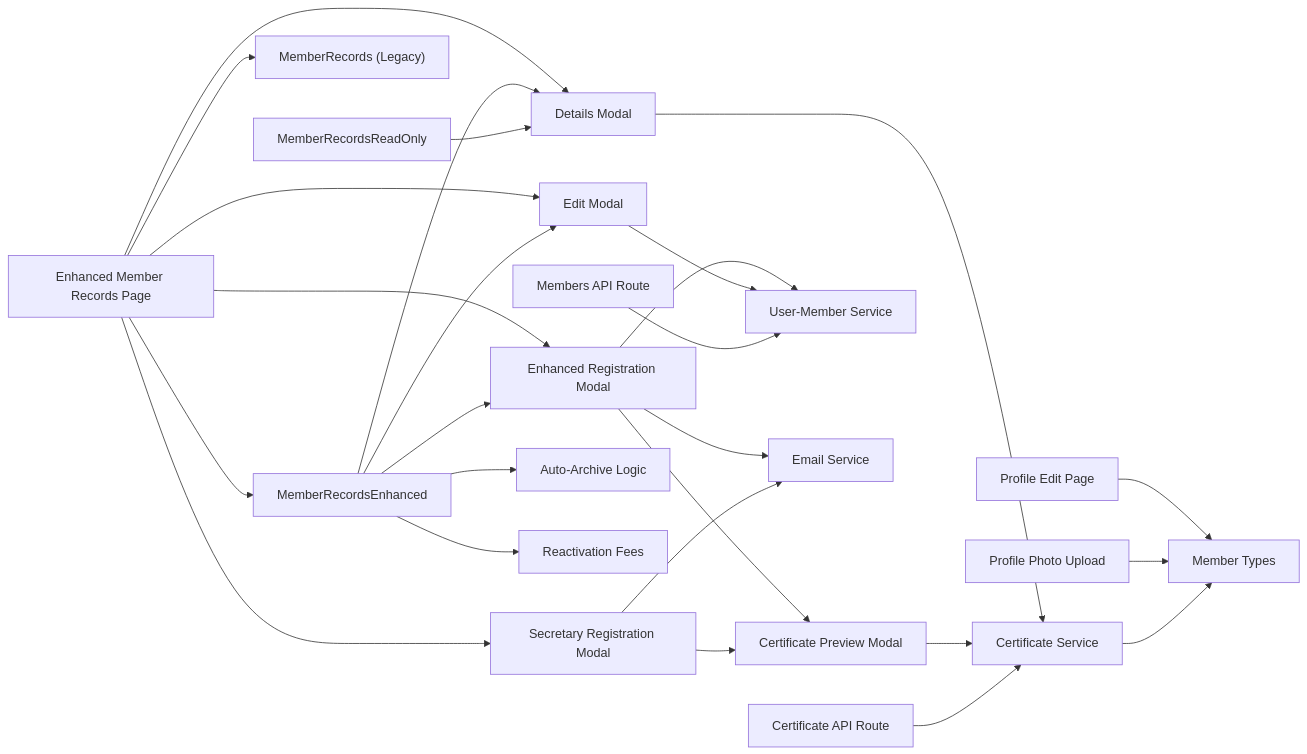
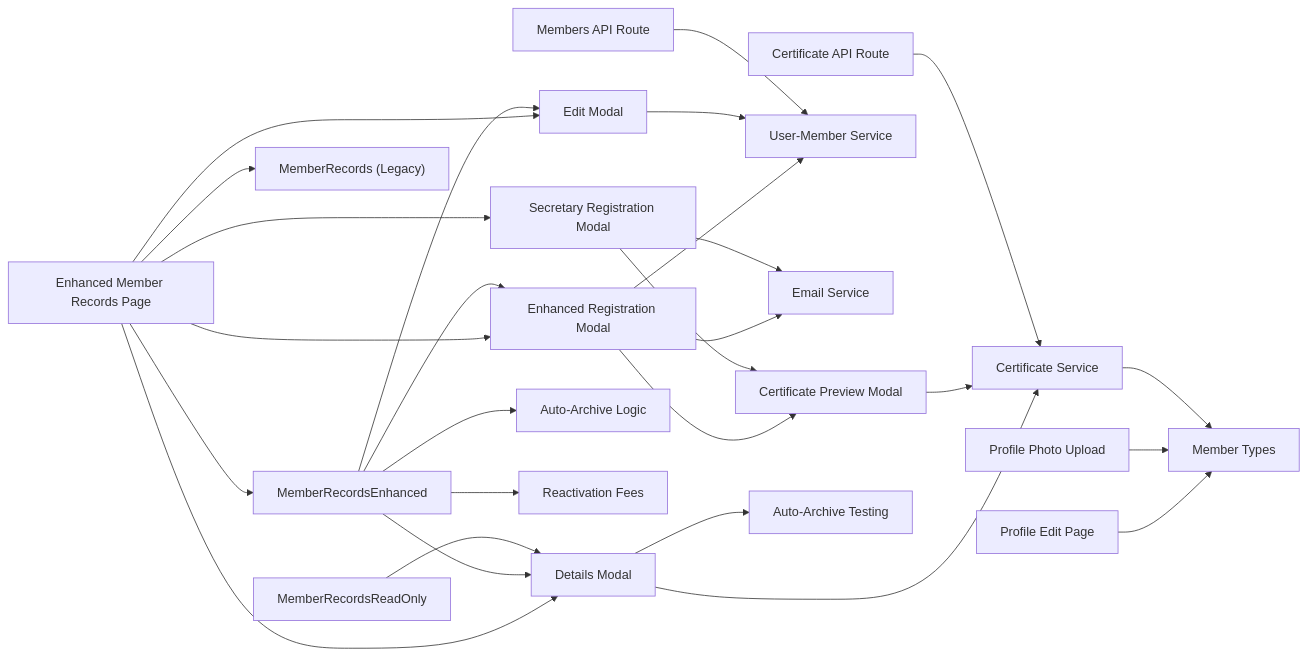
One commit to Unsure-bry/sampacoop_system changed the tenth of 10 diagrams in .qoder/repowiki/en/content/Member Management System/Member Management System.md. Above: the diagram before and after it, drawn with Mermaid. The commit also changed other lines of this file and 6 other files, not shown here.

````diff
--- a/.qoder/repowiki/en/content/Member Management System/Member Management System.md
+++ b/.qoder/repowiki/en/content/Member Management System/Member Management System.md
@@ -707,28 +746,29 @@
 ```mermaid
 graph LR
 MR["Enhanced Member Records Page"] --> MR3["MemberRecordsEnhanced"]
 MR --> MR2["MemberRecords (Legacy)"]
 MR --> RM["Enhanced Registration Modal"]
 MR --> SM["Secretary Registration Modal"]
 MR --> EM["Edit Modal"]
 MR --> DM["Details Modal"]
 MR3 --> RM
 MR3 --> EM
 MR3 --> DM
 MR3 --> AutoArchive["Auto-Archive Logic"]
 MR3 --> Reactivation["Reactivation Fees"]
 MR4["MemberRecordsReadOnly"] --> DM
 RM --> CPM["Certificate Preview Modal"]
 SM --> CPM
 RM --> UMS["User-Member Service"]
 EM --> UMS
 DM --> CS["Certificate Service"]
 CPM --> CS
 RM --> ES["Email Service"]
 SM --> ES
 PE["Profile Edit Page"] --> MT["Member Types"]
 PP["Profile Photo Upload"] --> MT
 API["Members API Route"] --> UMS
 CERTAPI["Certificate API Route"] --> CS
 CS --> MT
+DM --> TestInfrastructure["Auto-Archive Testing"]
 ```
````
